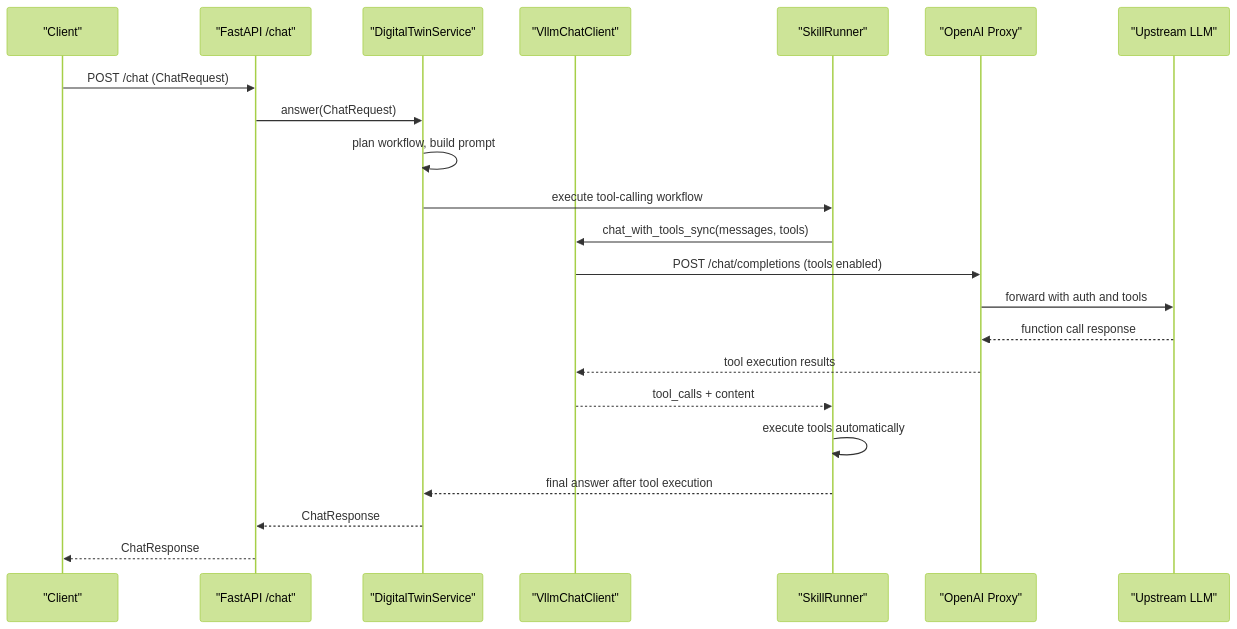
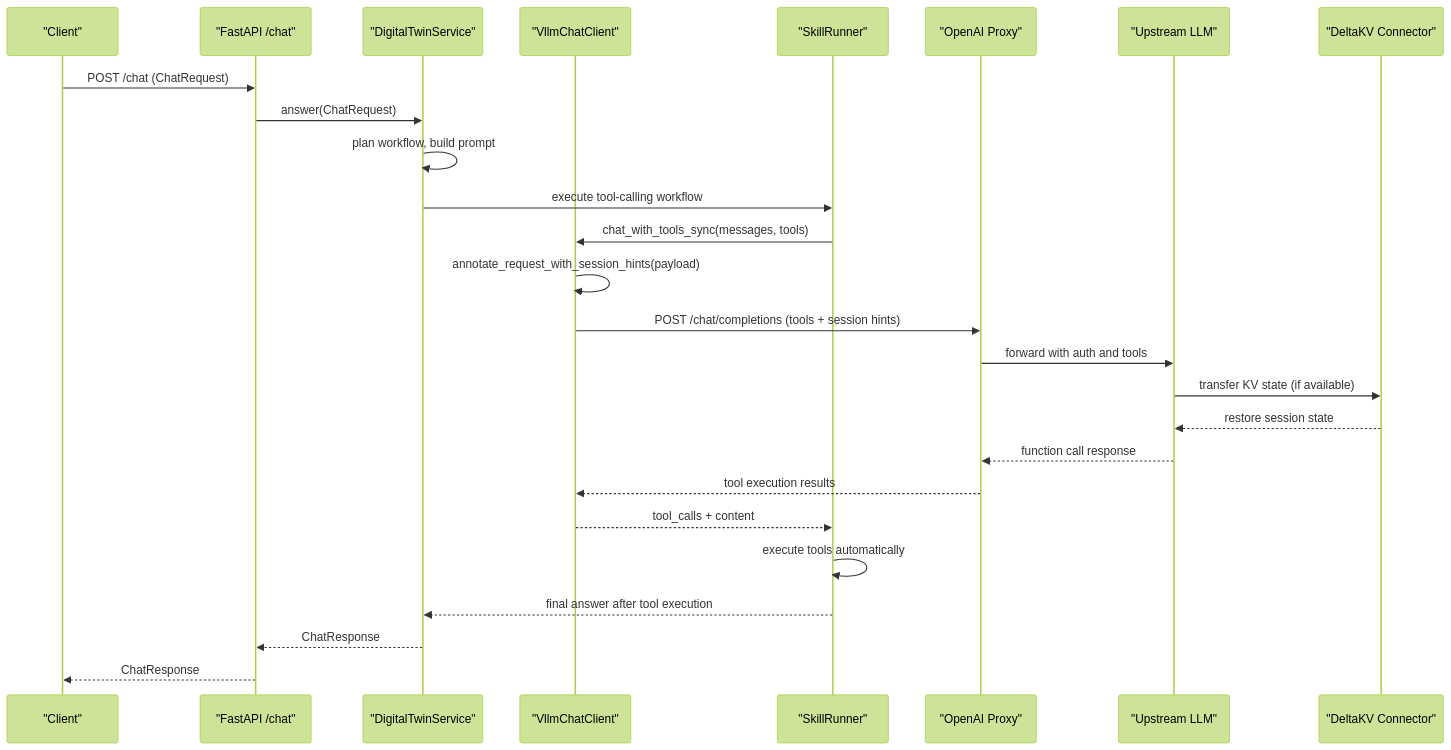
Before and after one commit to intellistream/sage-mate: the second of 11 diagrams in .qoder/repowiki/en/content/Integration and Extensions/LLM Client Architecture.md, drawn with Mermaid (forest theme). The commit also changed other lines of this file and 115 other files, not shown here.

````diff
--- a/.qoder/repowiki/en/content/Integration and Extensions/LLM Client Architecture.md
+++ b/.qoder/repowiki/en/content/Integration and Extensions/LLM Client Architecture.md
@@ -120,24 +131,28 @@
 ```mermaid
 sequenceDiagram
 participant Client as "Client"
 participant API as "FastAPI /chat"
 participant Service as "DigitalTwinService"
 participant LLM as "VllmChatClient"
 participant SkillRunner as "SkillRunner"
 participant Proxy as "OpenAI Proxy"
 participant Upstream as "Upstream LLM"
+participant DeltaKV as "DeltaKV Connector"
 Client->>API : POST /chat (ChatRequest)
 API->>Service : answer(ChatRequest)
 Service->>Service : plan workflow, build prompt
 Service->>SkillRunner : execute tool-calling workflow
 SkillRunner->>LLM : chat_with_tools_sync(messages, tools)
-LLM->>Proxy : POST /chat/completions (tools enabled)
+LLM->>LLM : annotate_request_with_session_hints(payload)
+LLM->>Proxy : POST /chat/completions (tools + session hints)
 Proxy->>Upstream : forward with auth and tools
+Upstream->>DeltaKV : transfer KV state (if available)
+DeltaKV-->>Upstream : restore session state
 Upstream-->>Proxy : function call response
 Proxy-->>LLM : tool execution results
 LLM-->>SkillRunner : tool_calls + content
 SkillRunner->>SkillRunner : execute tools automatically
 SkillRunner-->>Service : final answer after tool execution
 Service-->>API : ChatResponse
 API-->>Client : ChatResponse
 ```
````
